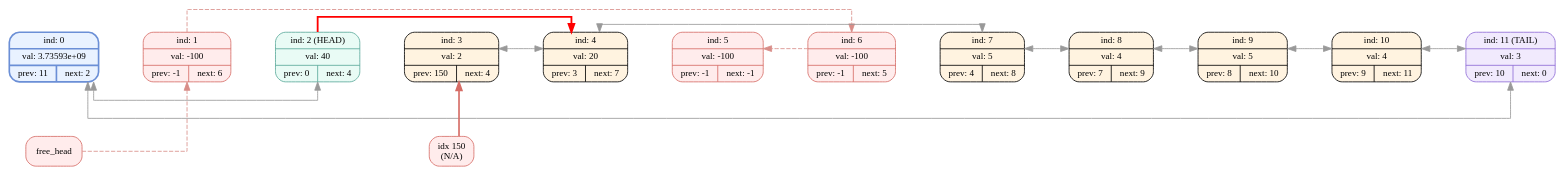
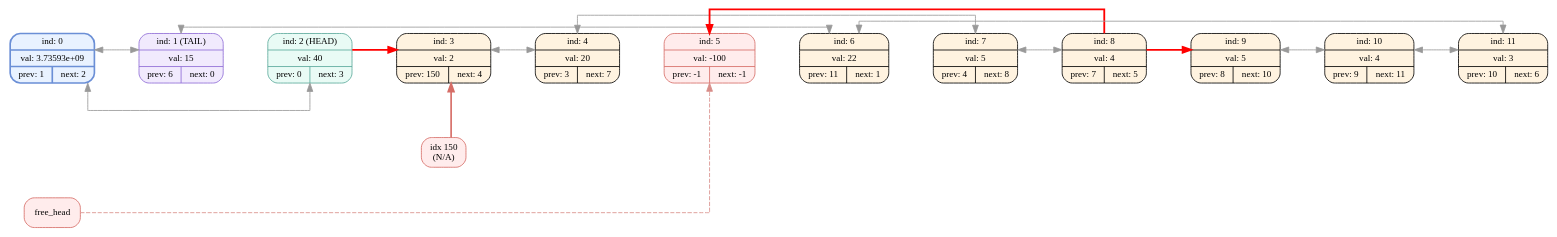
Before and after one commit to EvilTomato9890/DEAD_List: the diagram in dumps/dump_007.dot, drawn with Graphviz. The commit also changed 20 other files, not shown here.

```diff
--- a/dumps/dump_007.dot
+++ b/dumps/dump_007.dot
@@ -1,47 +1,48 @@
 digraph G{
   rankdir=LR;
   splines=ortho;
   nodesep=0.9;
   ranksep=0.75;
   node [fontname="Fira Mono",shape=record,style="filled,rounded",fontsize=11];
-  node_0[shape=record,label="ind: 0 | val: 3.73593e+09 | { prev: 11 | next: 2 }",color="#6b8fd6",style="filled,bold,rounded",fillcolor="#e9f2ff"];
-  node_1[shape=record,label=" ind: 1 | val: -100 | { prev: -1 | next: 6 } ",style="filled,rounded",color="#d66d66",fillcolor="#ffecec"];
-  node_2[shape=record,label=" ind: 2 (HEAD) | val: 40 | { prev: 0 | next: 4 } ",color="#5aa99b",fillcolor="#e9fbf5"];
+  node_0[shape=record,label="ind: 0 | val: 3.73593e+09 | { prev: 1 | next: 2 }",color="#6b8fd6",style="filled,bold,rounded",fillcolor="#e9f2ff"];
+  node_1[shape=record,label=" ind: 1 (TAIL) | val: 15 | { prev: 6 | next: 0 } ",color="#8e6bd6",fillcolor="#f1eafd"];
+  node_2[shape=record,label=" ind: 2 (HEAD) | val: 40 | { prev: 0 | next: 3 } ",color="#5aa99b",fillcolor="#e9fbf5"];
   node_3[shape=record,label=" ind: 3 | val: 2 | { prev: 150 | next: 4 } ",color="#000000",fillcolor="#fff3e0"];
   node_4[shape=record,label=" ind: 4 | val: 20 | { prev: 3 | next: 7 } ",color="#000000",fillcolor="#fff3e0"];
   node_5[shape=record,label=" ind: 5 | val: -100 | { prev: -1 | next: -1 } ",style="filled,rounded",color="#d66d66",fillcolor="#ffecec"];
-  node_6[shape=record,label=" ind: 6 | val: -100 | { prev: -1 | next: 5 } ",style="filled,rounded",color="#d66d66",fillcolor="#ffecec"];
+  node_6[shape=record,label=" ind: 6 | val: 22 | { prev: 11 | next: 1 } ",color="#000000",fillcolor="#fff3e0"];
   node_7[shape=record,label=" ind: 7 | val: 5 | { prev: 4 | next: 8 } ",color="#000000",fillcolor="#fff3e0"];
-  node_8[shape=record,label=" ind: 8 | val: 4 | { prev: 7 | next: 9 } ",color="#000000",fillcolor="#fff3e0"];
+  node_8[shape=record,label=" ind: 8 | val: 4 | { prev: 7 | next: 5 } ",color="#000000",fillcolor="#fff3e0"];
   node_9[shape=record,label=" ind: 9 | val: 5 | { prev: 8 | next: 10 } ",color="#000000",fillcolor="#fff3e0"];
   node_10[shape=record,label=" ind: 10 | val: 4 | { prev: 9 | next: 11 } ",color="#000000",fillcolor="#fff3e0"];
-  node_11[shape=record,label=" ind: 11 (TAIL) | val: 3 | { prev: 10 | next: 0 } ",color="#8e6bd6",fillcolor="#f1eafd"];
+  node_11[shape=record,label=" ind: 11 | val: 3 | { prev: 10 | next: 6 } ",color="#000000",fillcolor="#fff3e0"];
   node_0 -> node_1 [weight=1000,style=invis];
   node_1 -> node_2 [weight=1000,style=invis];
   node_2 -> node_3 [weight=1000,style=invis];
   node_3 -> node_4 [weight=1000,style=invis];
   node_4 -> node_5 [weight=1000,style=invis];
   node_5 -> node_6 [weight=1000,style=invis];
   node_6 -> node_7 [weight=1000,style=invis];
   node_7 -> node_8 [weight=1000,style=invis];
   node_8 -> node_9 [weight=1000,style=invis];
   node_9 -> node_10 [weight=1000,style=invis];
   node_10 -> node_11 [weight=1000,style=invis];
-  node_1 -> node_6 [color="#d88d88", style=dashed, constraint=false];
-  node_6 -> node_5 [color="#d88d88", style=dashed, constraint=false];
   node_0 -> node_2 [dir=both, color="#999999", constraint=false];
-  node_2 -> node_4 [color="#ff0000", penwidth=2.2, constraint=false];
+  node_1 -> node_0 [dir=both, color="#999999", constraint=false];
+  node_2 -> node_3 [color="#ff0000", penwidth=2.2, constraint=false];
   node_3 -> node_4 [dir=both, color="#999999", constraint=false];
   node_4 -> node_7 [dir=both, color="#999999", constraint=false];
+  node_6 -> node_1 [dir=both, color="#999999", constraint=false];
   node_7 -> node_8 [dir=both, color="#999999", constraint=false];
-  node_8 -> node_9 [dir=both, color="#999999", constraint=false];
+  node_8 -> node_5 [color="#ff0000", penwidth=2.2, constraint=false];
   node_9 -> node_10 [dir=both, color="#999999", constraint=false];
   node_10 -> node_11 [dir=both, color="#999999", constraint=false];
-  node_11 -> node_0 [dir=both, color="#999999", constraint=false];
+  node_11 -> node_6 [dir=both, color="#999999", constraint=false];
   node_bad_p_3 [label="idx 150\n(N/A)",shape=rectangle,style="filled,rounded",color="#d66d66",fillcolor="#ffecec"];
   node_bad_p_3 -> node_3 [style="bold", color="#d66d66", constraint=false];
   node_3 -> node_bad_p_3 [style=invis, constraint=true, weight=60, minlen=1];
   {rank=same; node_3; node_bad_p_3;}
+  node_8 -> node_9 [color="#ff0000", penwidth=2.2, constraint=false];
   node_free [label=free_head,color="#d66d66",shape=rectangle,style="filled,rounded",fillcolor="#ffecec"];
-  node_free -> node_1 [color="#d88d88", style=dashed, constraint=false];
+  node_free -> node_5 [color="#d88d88", style=dashed, constraint=false];
 }
```
